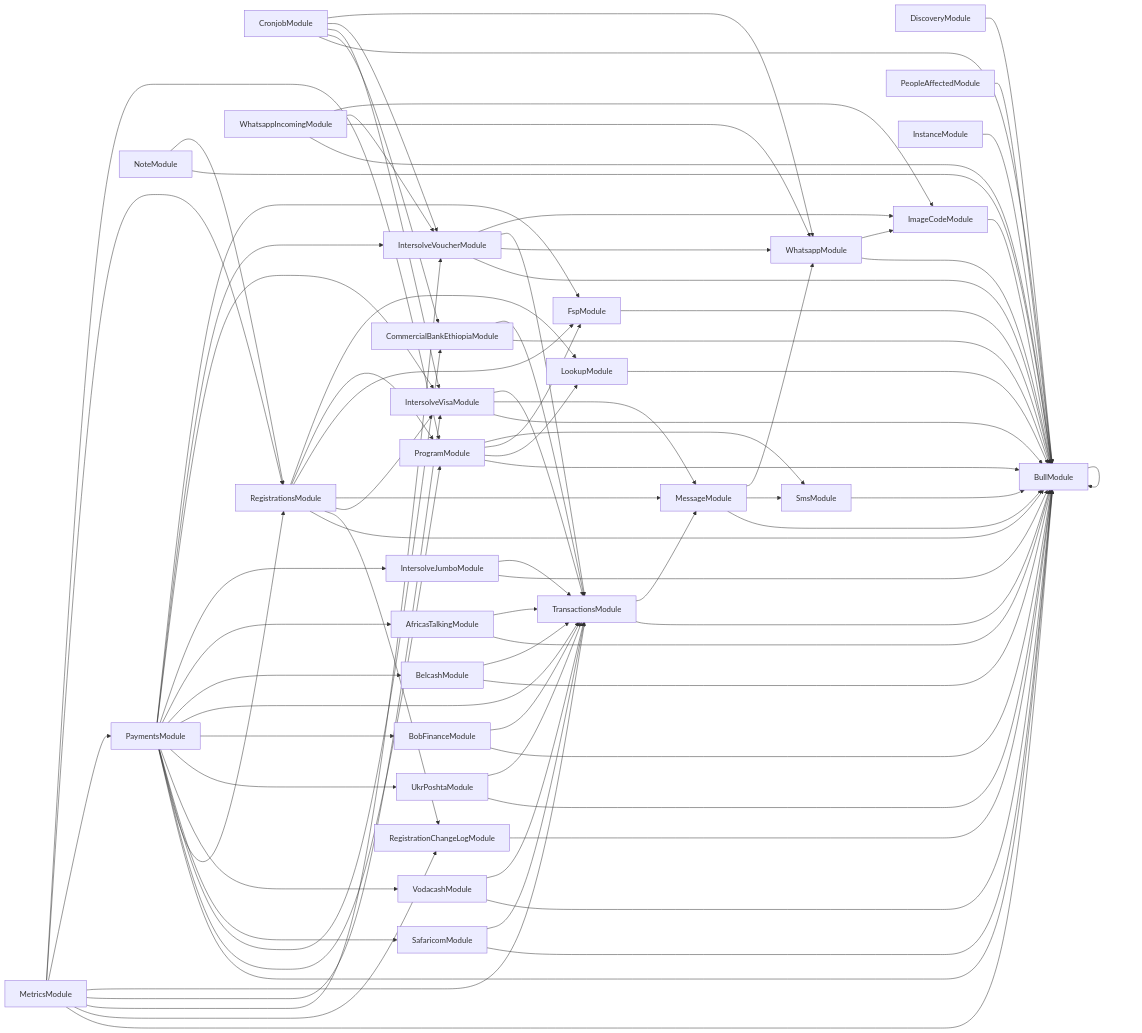
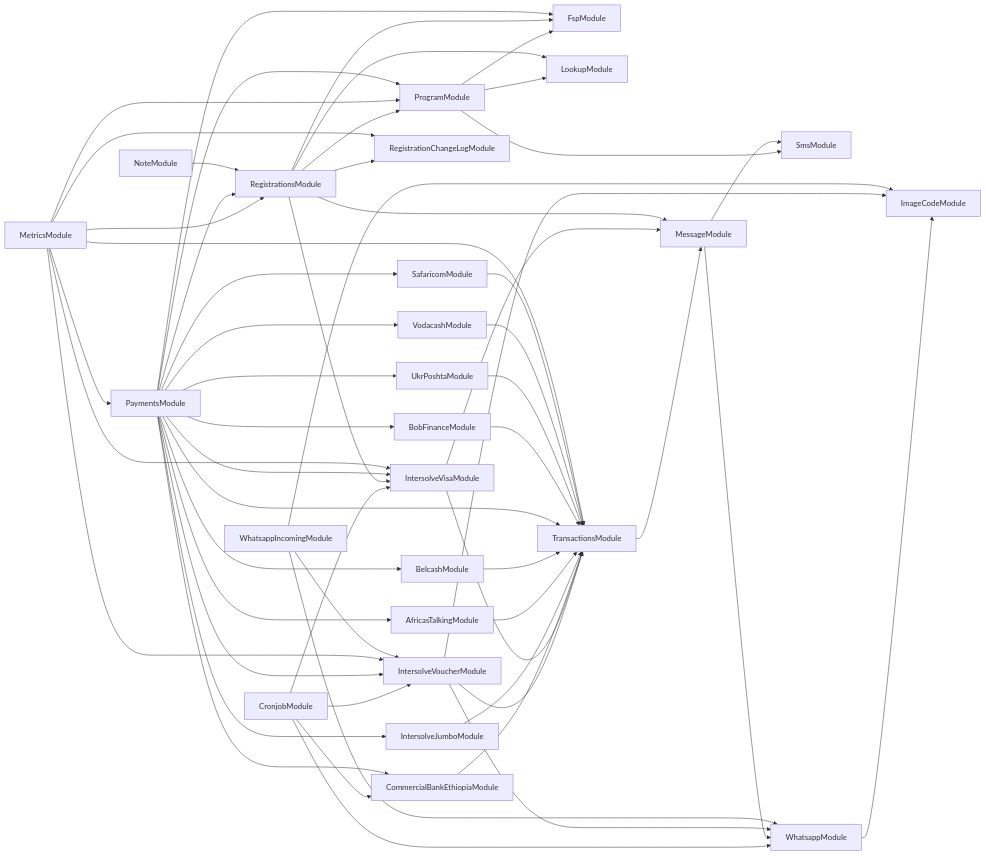
One commit to global-121/121-platform changed the diagram in services/121-service/module-dependencies.md. Above: the diagram before and after it, drawn with Mermaid. The commit also changed 1 other file, not shown here.

Commit message:
fix: filter bullmodule out of module diagram AB#24474

````diff
--- a/services/121-service/module-dependencies.md
+++ b/services/121-service/module-dependencies.md
@@ -3,46 +3,28 @@
 ```mermaid
 graph LR
-  BullModule-->BullModule
-  DiscoveryModule-->BullModule
   ProgramModule-->SmsModule
-  SmsModule-->BullModule
   ProgramModule-->FspModule
-  FspModule-->BullModule
   ProgramModule-->LookupModule
-  LookupModule-->BullModule
-  ProgramModule-->BullModule
   CronjobModule-->WhatsappModule
   WhatsappModule-->ImageCodeModule
-  ImageCodeModule-->BullModule
-  WhatsappModule-->BullModule
   CronjobModule-->IntersolveVoucherModule
   IntersolveVoucherModule-->ImageCodeModule
   IntersolveVoucherModule-->TransactionsModule
   TransactionsModule-->MessageModule
   MessageModule-->WhatsappModule
   MessageModule-->SmsModule
-  MessageModule-->BullModule
-  TransactionsModule-->BullModule
   IntersolveVoucherModule-->WhatsappModule
-  IntersolveVoucherModule-->BullModule
   CronjobModule-->IntersolveVisaModule
   IntersolveVisaModule-->TransactionsModule
   IntersolveVisaModule-->MessageModule
-  IntersolveVisaModule-->BullModule
   CronjobModule-->CommercialBankEthiopiaModule
   CommercialBankEthiopiaModule-->TransactionsModule
-  CommercialBankEthiopiaModule-->BullModule
-  CronjobModule-->BullModule
-  PeopleAffectedModule-->BullModule
-  InstanceModule-->BullModule
   RegistrationsModule-->LookupModule
   RegistrationsModule-->ProgramModule
   RegistrationsModule-->FspModule
   RegistrationsModule-->MessageModule
   RegistrationsModule-->IntersolveVisaModule
   RegistrationsModule-->RegistrationChangeLogModule
-  RegistrationChangeLogModule-->BullModule
-  RegistrationsModule-->BullModule
   MetricsModule-->ProgramModule
   MetricsModule-->RegistrationsModule
   MetricsModule-->PaymentsModule
@@ -51,39 +33,28 @@
   PaymentsModule-->IntersolveVisaModule
   PaymentsModule-->IntersolveJumboModule
   IntersolveJumboModule-->TransactionsModule
-  IntersolveJumboModule-->BullModule
   PaymentsModule-->AfricasTalkingModule
   AfricasTalkingModule-->TransactionsModule
-  AfricasTalkingModule-->BullModule
   PaymentsModule-->BelcashModule
   BelcashModule-->TransactionsModule
-  BelcashModule-->BullModule
   PaymentsModule-->TransactionsModule
   PaymentsModule-->BobFinanceModule
   BobFinanceModule-->TransactionsModule
-  BobFinanceModule-->BullModule
   PaymentsModule-->UkrPoshtaModule
   UkrPoshtaModule-->TransactionsModule
-  UkrPoshtaModule-->BullModule
   PaymentsModule-->VodacashModule
   VodacashModule-->TransactionsModule
-  VodacashModule-->BullModule
   PaymentsModule-->SafaricomModule
   SafaricomModule-->TransactionsModule
-  SafaricomModule-->BullModule
   PaymentsModule-->CommercialBankEthiopiaModule
   PaymentsModule-->RegistrationsModule
   PaymentsModule-->ProgramModule
-  PaymentsModule-->BullModule
   MetricsModule-->TransactionsModule
   MetricsModule-->IntersolveVisaModule
   MetricsModule-->IntersolveVoucherModule
   MetricsModule-->RegistrationChangeLogModule
-  MetricsModule-->BullModule
   WhatsappIncomingModule-->ImageCodeModule
   WhatsappIncomingModule-->IntersolveVoucherModule
   WhatsappIncomingModule-->WhatsappModule
-  WhatsappIncomingModule-->BullModule
   NoteModule-->RegistrationsModule
-  NoteModule-->BullModule
 ```
````
